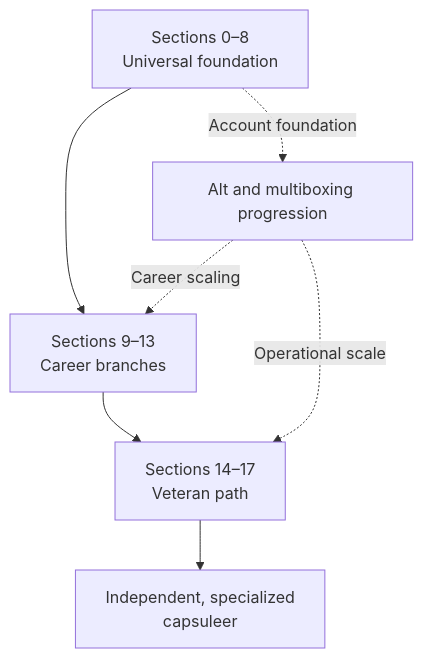
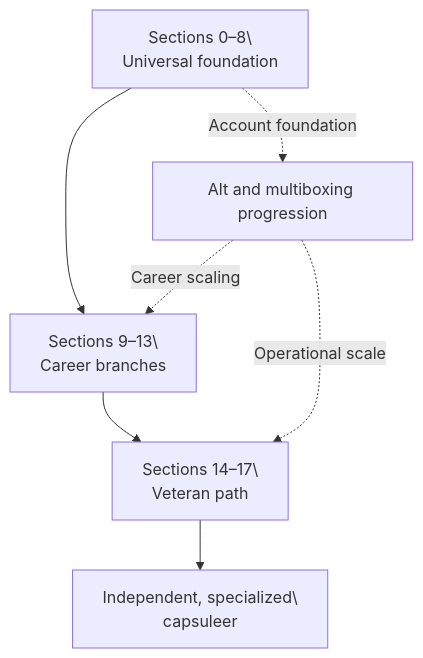
The diagram in governance/ultimate-beginners-guide-master-roadmap.md (megamookie/ultimateBeginnersGuide), drawn with Mermaid before and after one commit. The commit also changed other lines of this file and 6 other files, not shown here.

````diff
--- a/governance/ultimate-beginners-guide-master-roadmap.md
+++ b/governance/ultimate-beginners-guide-master-roadmap.md
@@ -71,9 +93,17 @@
 ```mermaid
+
 flowchart TD
-    A["Sections 0–8<br/>Universal foundation"] --> B["Sections 9–13<br/>Career branches"]
-    B --> C["Sections 14–17<br/>Veteran path"]
-    C --> D["Independent, specialized<br/>capsuleer"]
+
+    A["Sections 0–8\<br/>Universal foundation"] --> B["Sections 9–13\<br/>Career branches"]
+
+    B --> C["Sections 14–17\<br/>Veteran path"]
+
+    C --> D["Independent, specialized\<br/>capsuleer"]
+
     A -. "Account foundation" .-> M["Alt and multiboxing progression"]
+
     M -. "Career scaling" .-> B
+
     M -. "Operational scale" .-> C
+
 ```
````
